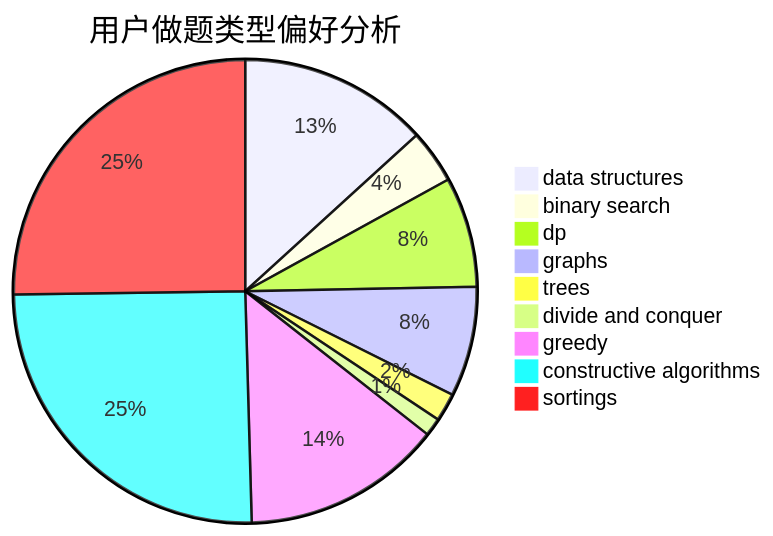
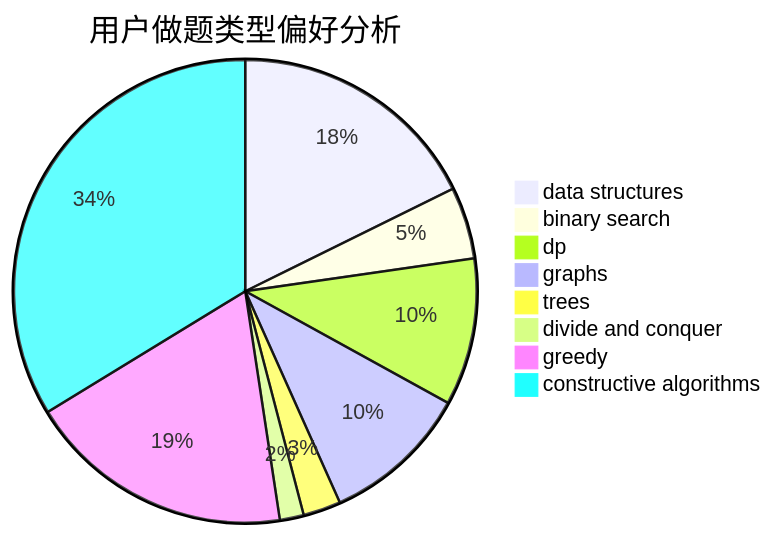
One commit to sherpahu/cfrs.github.io changed the second of 3 diagrams in docs/user/u1844.md. Above: the diagram before and after it, drawn with Mermaid. The commit also changed other lines of this file and 2769 other files, not shown here.

````diff
--- a/docs/user/u1844.md
+++ b/docs/user/u1844.md
@@ -18,12 +18,11 @@
 ```mermaid
 pie title 用户做题类型偏好分析
     "data structures" :  74
     "binary search" :  21
     "dp" :  43
     "graphs" :  43
     "trees" :  11
     "divide and conquer" :  7
     "greedy" :  78
     "constructive algorithms" :  141
-    "sortings" :  141
 ```
````
